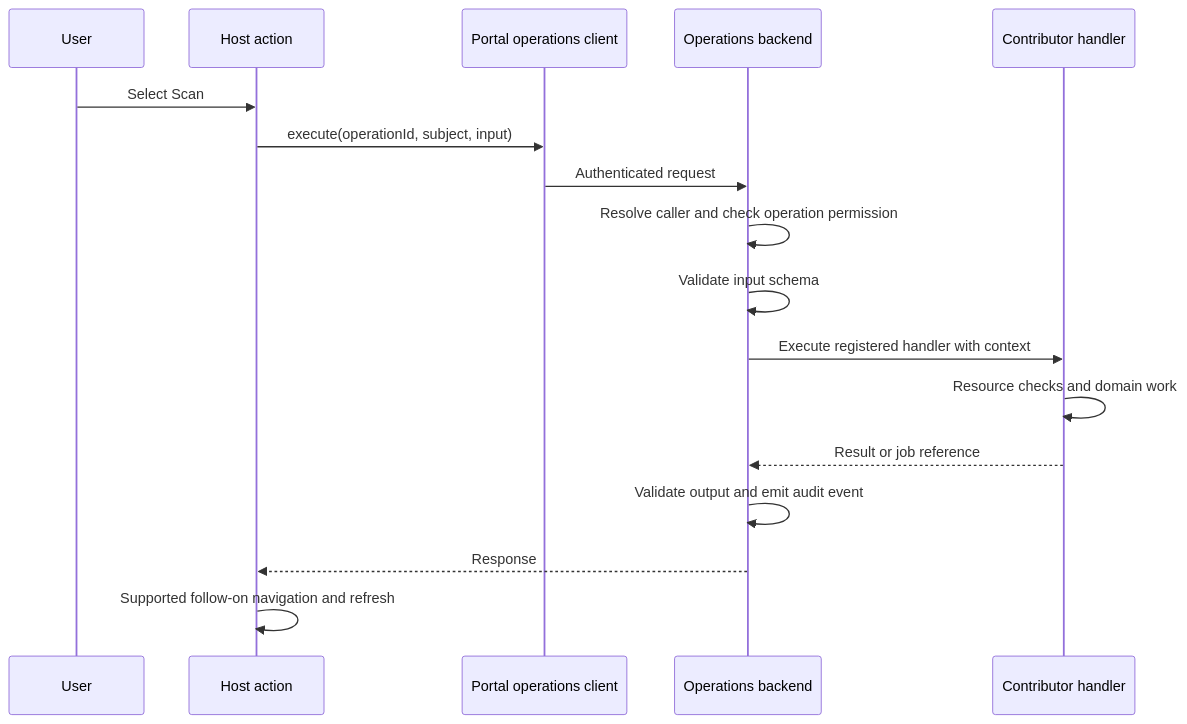
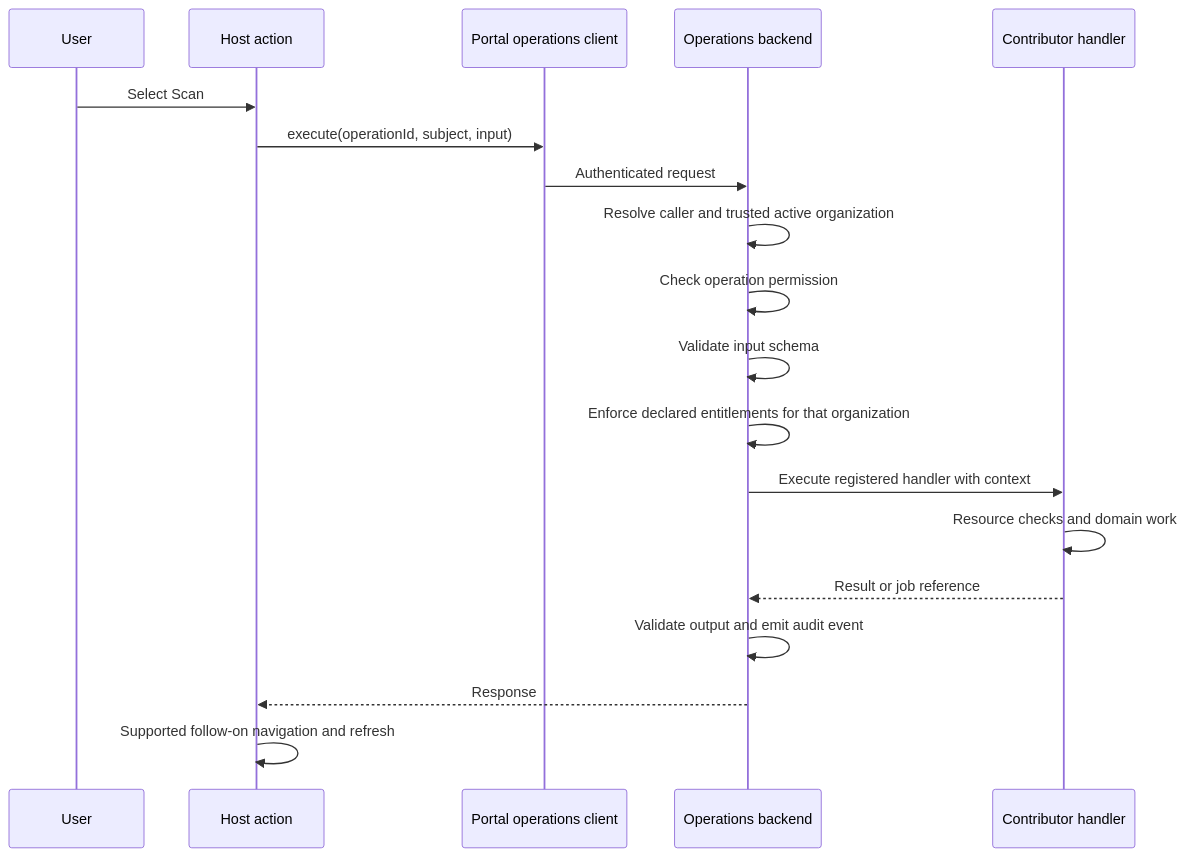
One commit to Hrithik-Gavankar/ansible-backstage-plugins changed the third of 4 diagrams in docs/next/portal-sdk-architecture.md. Above: the diagram before and after it, drawn with Mermaid. The commit also changed other lines of this file and 39 other files, not shown here.

Commit message:
fix: unify organization context and enforce backend entitlements

````diff
--- a/docs/next/portal-sdk-architecture.md
+++ b/docs/next/portal-sdk-architecture.md
@@ -108,20 +108,22 @@
 ```mermaid
 sequenceDiagram
   participant User
   participant UI as Host action
   participant Client as Portal operations client
   participant Host as Operations backend
   participant Handler as Contributor handler
 
   User->>UI: Select Scan
   UI->>Client: execute(operationId, subject, input)
   Client->>Host: Authenticated request
-  Host->>Host: Resolve caller and check operation permission
+  Host->>Host: Resolve caller and trusted active organization
+  Host->>Host: Check operation permission
   Host->>Host: Validate input schema
+  Host->>Host: Enforce declared entitlements for that organization
   Host->>Handler: Execute registered handler with context
   Handler->>Handler: Resource checks and domain work
   Handler-->>Host: Result or job reference
   Host->>Host: Validate output and emit audit event
   Host-->>UI: Response
   UI->>UI: Supported follow-on navigation and refresh
 ```
````
